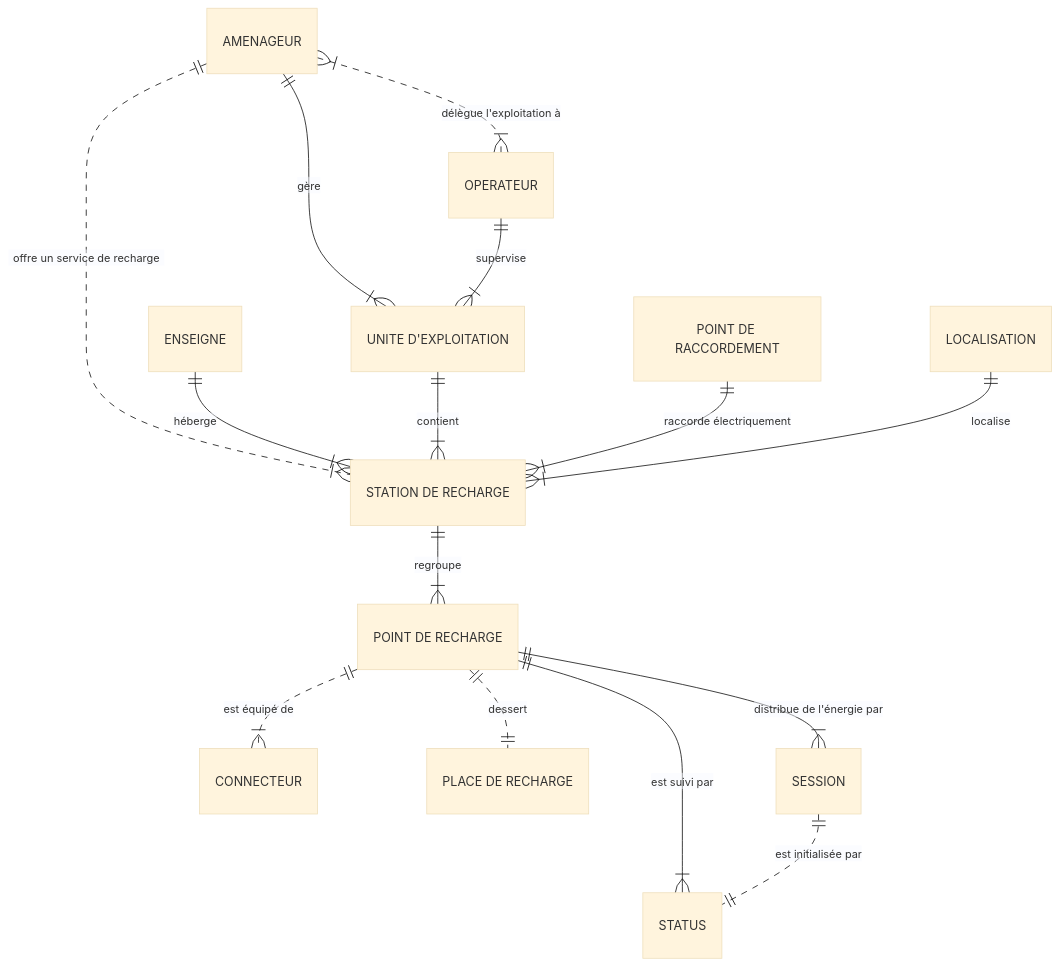
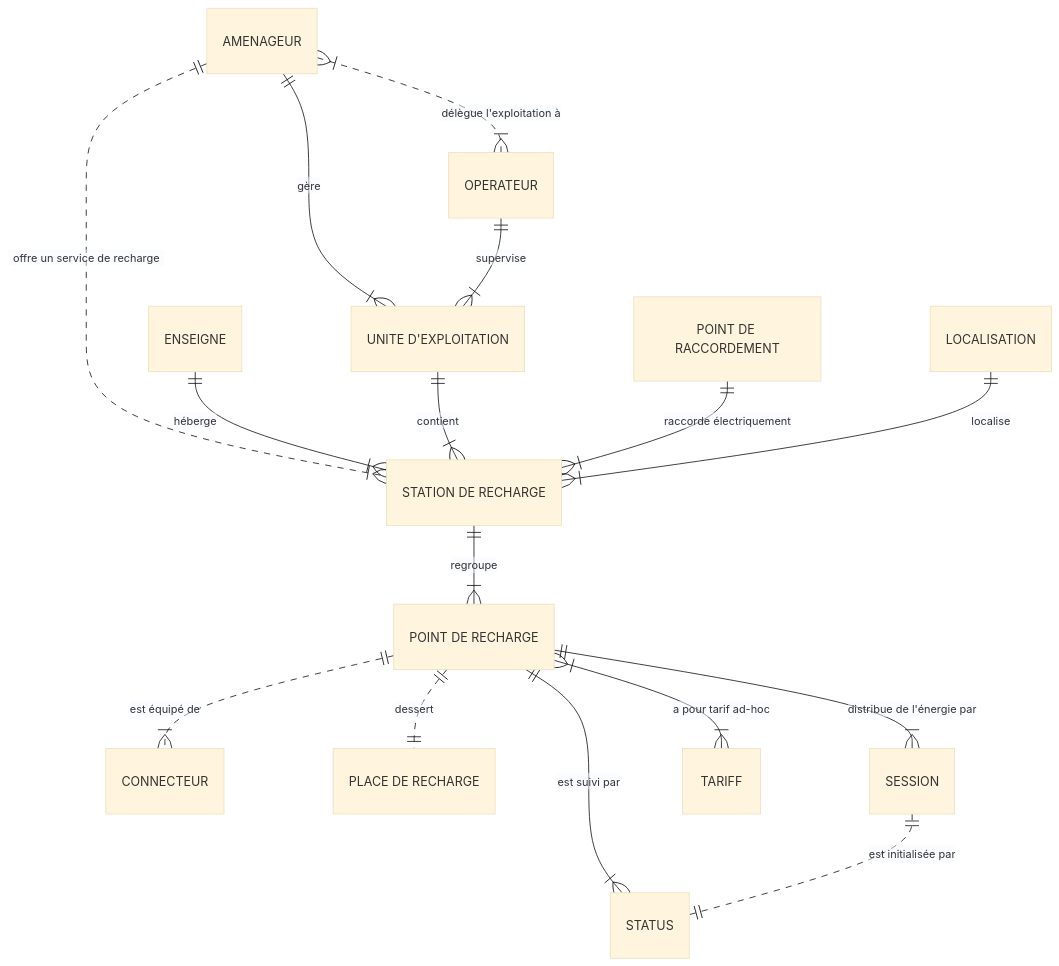
Before and after one commit to MTES-MCT/qualicharge: the seventh of 19 diagrams in docs/modele.md, drawn with Mermaid (base theme). The commit also changed other lines of this file, not shown here.

First line of the commit message:
Enhance documentation for tariff structure and representation

````diff
--- a/docs/modele.md
+++ b/docs/modele.md
@@ -214,17 +232,18 @@
 ```mermaid
 erDiagram
     AMENAGEUR ||..|{ "STATION DE RECHARGE" : "offre un service de recharge"
     AMENAGEUR ||--|{ "UNITE D'EXPLOITATION" : "gère"
     ENSEIGNE ||--|{ "STATION DE RECHARGE": "héberge"
     OPERATEUR ||--|{ "UNITE D'EXPLOITATION": "supervise"
     AMENAGEUR |{..|{ OPERATEUR: "délègue l'exploitation à"
     "UNITE D'EXPLOITATION" ||--|{ "STATION DE RECHARGE": "contient"
     "POINT DE RACCORDEMENT" ||--|{ "STATION DE RECHARGE" : "raccorde électriquement"
     LOCALISATION ||--|{ "STATION DE RECHARGE": "localise"
     "STATION DE RECHARGE" ||--|{ "POINT DE RECHARGE" : regroupe
     "POINT DE RECHARGE" ||..|{ "CONNECTEUR": "est équipé de"
     "POINT DE RECHARGE" ||..|| "PLACE DE RECHARGE" : "dessert"
     "POINT DE RECHARGE" ||--|{ "STATUS" : "est suivi par"
     "POINT DE RECHARGE" ||--|{ "SESSION" : "distribue de l'énergie par"
+    "POINT DE RECHARGE" }|--|{ "TARIFF" : "a pour tarif ad-hoc"
     "SESSION" ||..|| "STATUS" : "est initialisée par"
 ```
````
